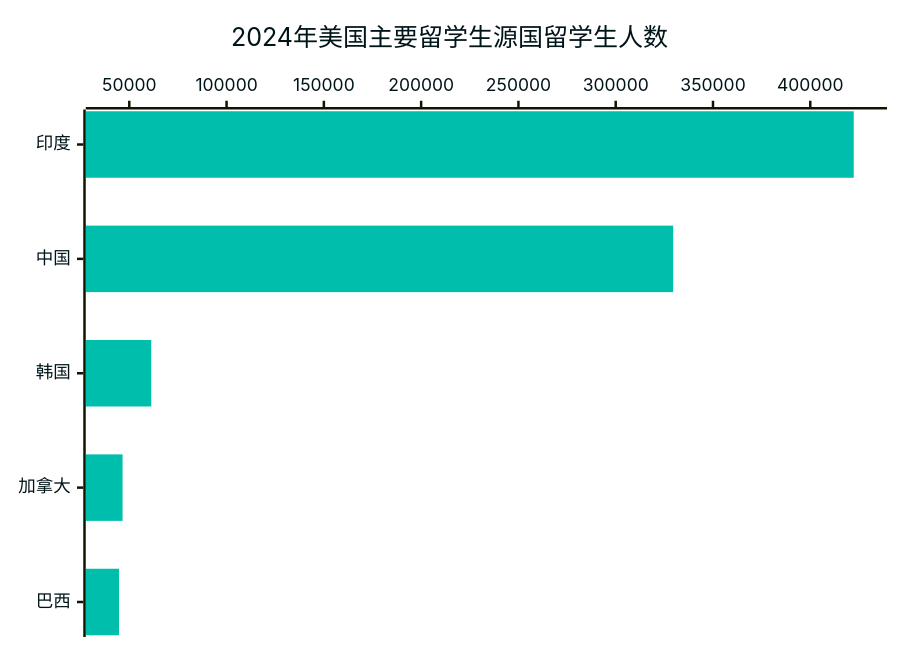
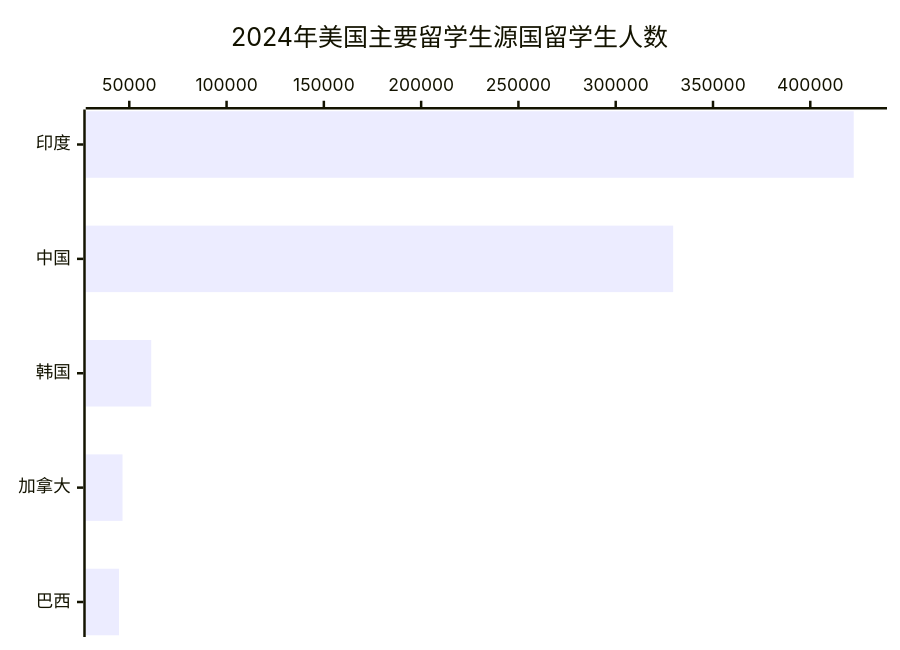
Before and after one commit to green-dalii/edugrow: the first of 3 diagrams in src/content/blog/2025-sevis-report-insight.md, drawn with Mermaid. The commit also changed other lines of this file and 5 other files, not shown here.

Commit message:
修复Mermaid渲染bug

````diff
--- a/src/content/blog/2025-sevis-report-insight.md
+++ b/src/content/blog/2025-sevis-report-insight.md
@@ -71,19 +71,8 @@
 ```mermaid
 ---
 title: 2024年美国主要留学生源国留学生人数
-config:
-  theme: base
-  themeVariables:
-    background: #b8e6e3
-    xyChart:
-      titleColor: "#00151a"
-      xAxisLabelColor: "#00151a"
-      xAxisTitleColor: "#00151a"
-      yAxisLabelColor: "#00151a"
-      yAxisTitleColor: "#00151a"
-      plotColorPalette: "#00beac,#0097b3,#006072,#008c7f"
 ---
 xychart-beta horizontal
 x-axis ["印度", "中国", "韩国", "加拿大", "巴西"]
 bar [422335, 329541, 61277, 46536, 44721]
 ```
````
